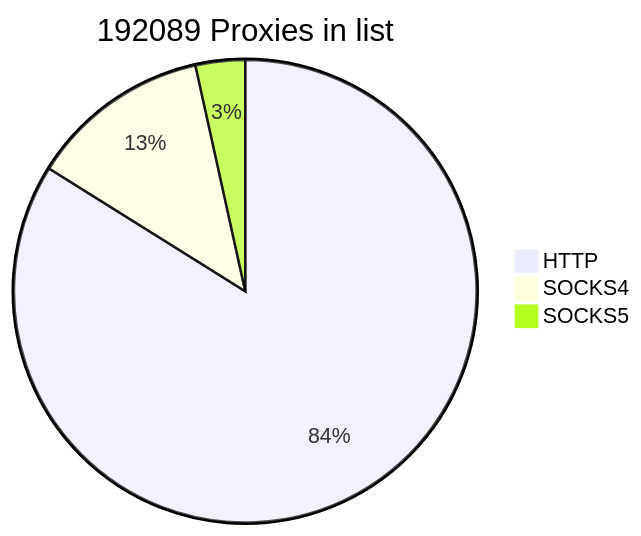
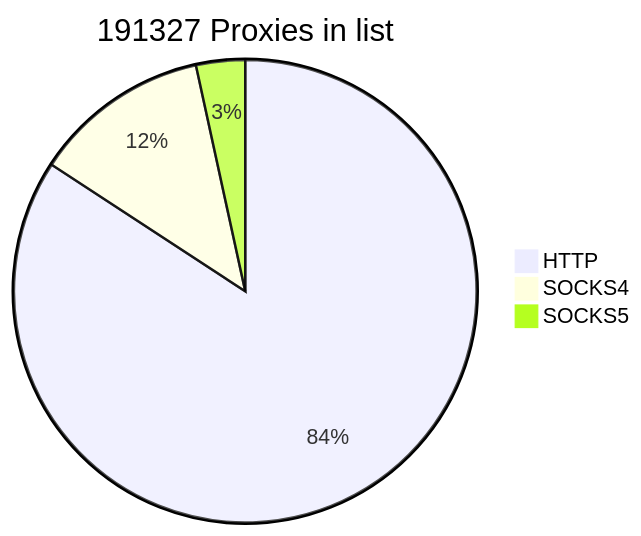
One commit to cutipu/proxylist changed the first of 2 diagrams in README.md. Above: the diagram before and after it, drawn with Mermaid. The commit also changed other lines of this file, not shown here.

````diff
--- a/README.md
+++ b/README.md
@@ -2,7 +2,7 @@
 ```mermaid
-pie title 192089 Proxies in list
-    "HTTP" : 161154
-    "SOCKS4" : 24296
-    "SOCKS5" : 6639
+pie title 191327 Proxies in list
+    "HTTP" : 161125
+    "SOCKS4" : 23654
+    "SOCKS5" : 6548
             
 ```
````
